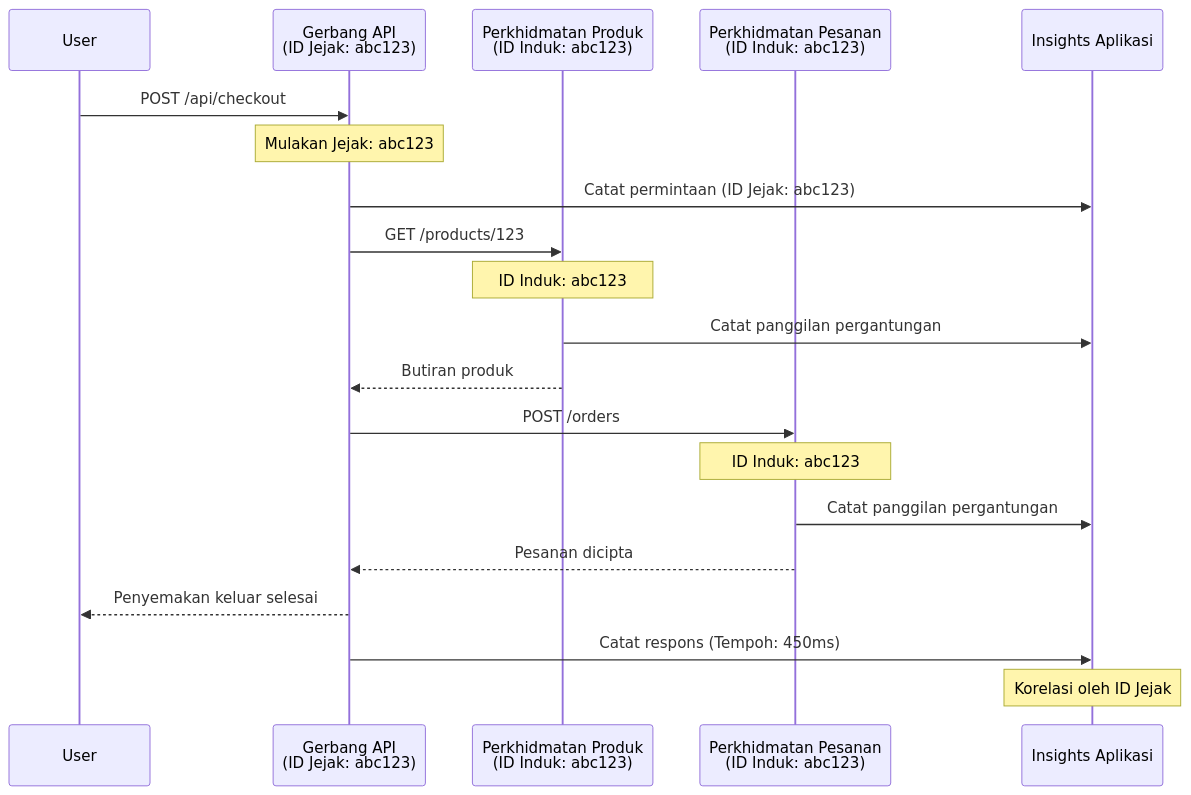
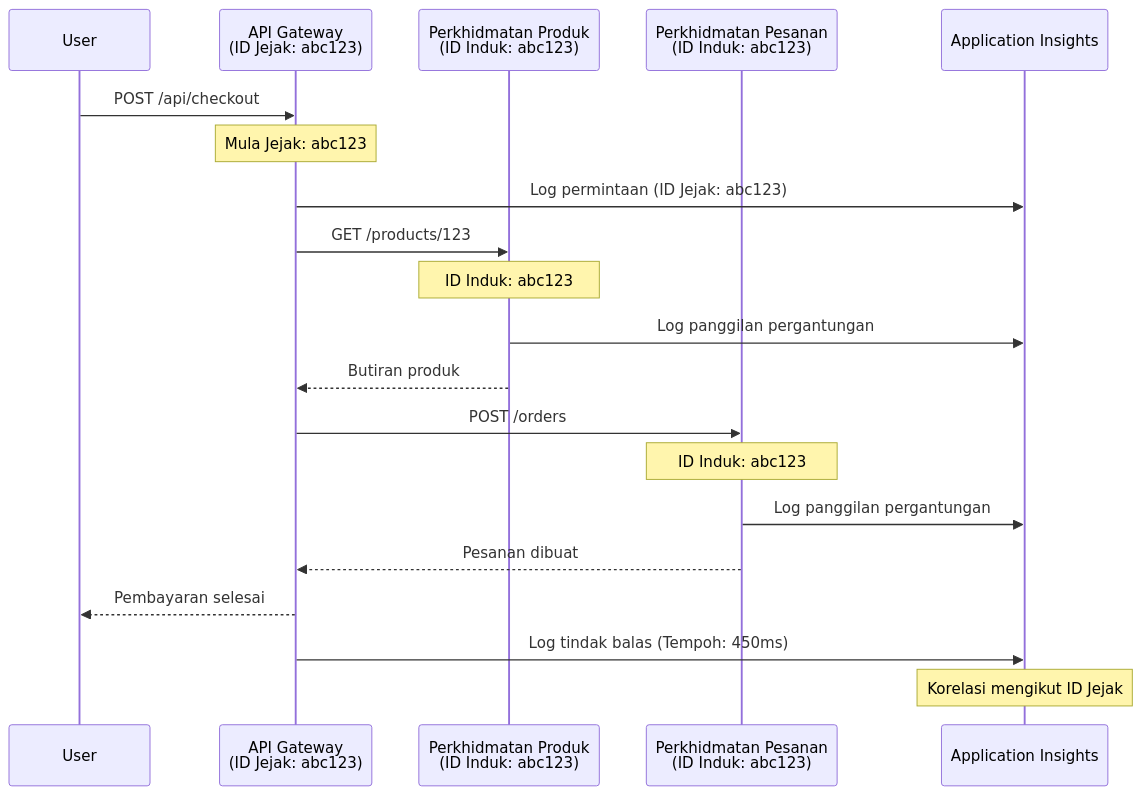
The second of 2 diagrams in translations/ms/docs/chapter-06-pre-deployment/application-insights.md (microsoft/AZD-for-beginners), drawn with Mermaid before and after one commit. The commit also changed other lines of this file and 101 other files, not shown here.

````diff
--- a/translations/ms/docs/chapter-06-pre-deployment/application-insights.md
+++ b/translations/ms/docs/chapter-06-pre-deployment/application-insights.md
@@ -744,27 +744,27 @@
 ```mermaid
 sequenceDiagram
     participant User
-    participant Gateway as Gerbang API<br/>(ID Jejak: abc123)
+    participant Gateway as API Gateway<br/>(ID Jejak: abc123)
     participant Product as Perkhidmatan Produk<br/>(ID Induk: abc123)
     participant Order as Perkhidmatan Pesanan<br/>(ID Induk: abc123)
-    participant AppInsights as Insights Aplikasi
+    participant AppInsights as Application Insights
     
     User->>Gateway: POST /api/checkout
-    Note over Gateway: Mulakan Jejak: abc123
-    Gateway->>AppInsights: Catat permintaan (ID Jejak: abc123)
+    Note over Gateway: Mula Jejak: abc123
+    Gateway->>AppInsights: Log permintaan (ID Jejak: abc123)
     
     Gateway->>Product: GET /products/123
     Note over Product: ID Induk: abc123
-    Product->>AppInsights: Catat panggilan pergantungan
+    Product->>AppInsights: Log panggilan pergantungan
     Product-->>Gateway: Butiran produk
     
     Gateway->>Order: POST /orders
     Note over Order: ID Induk: abc123
-    Order->>AppInsights: Catat panggilan pergantungan
-    Order-->>Gateway: Pesanan dicipta
+    Order->>AppInsights: Log panggilan pergantungan
+    Order-->>Gateway: Pesanan dibuat
     
-    Gateway-->>User: Penyemakan keluar selesai
-    Gateway->>AppInsights: Catat respons (Tempoh: 450ms)
+    Gateway-->>User: Pembayaran selesai
+    Gateway->>AppInsights: Log tindak balas (Tempoh: 450ms)
     
-    Note over AppInsights: Korelasi oleh ID Jejak
+    Note over AppInsights: Korelasi mengikut ID Jejak
 ```
````
